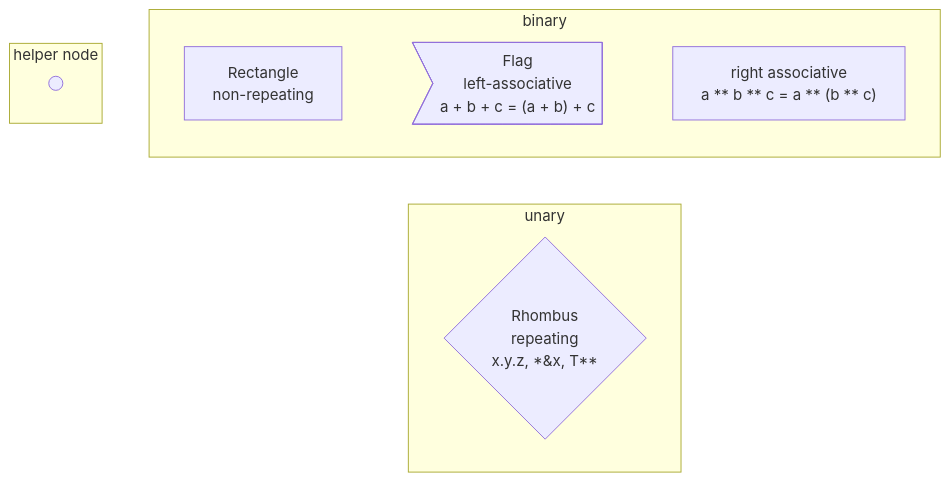
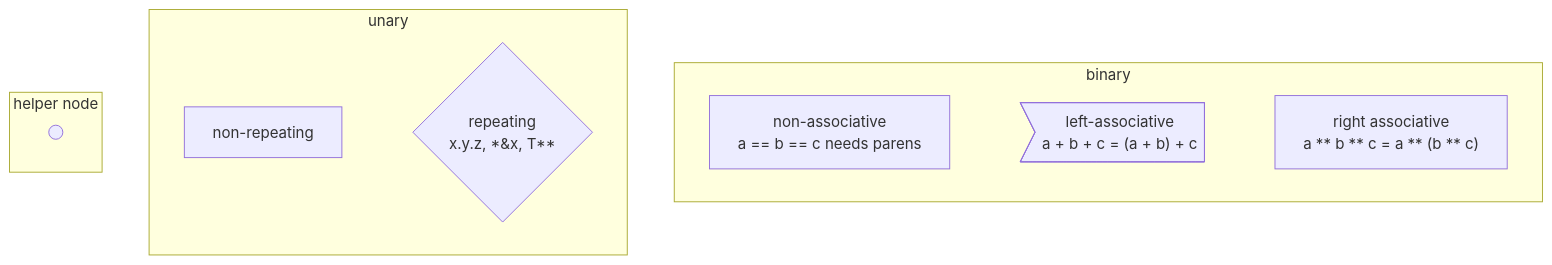
One commit to laro/Cilia changed the fifth of 5 diagrams in 6 .../2 Unfinished Ideas.md. Above: the diagram before and after it, drawn with Mermaid.

Commit message:
Update 2 Unfinished Ideas.md

````diff
--- a/6 .../2 Unfinished Ideas.md
+++ b/6 .../2 Unfinished Ideas.md
@@ -389,29 +389,31 @@
 ```mermaid
 %%{init: {'themeVariables': {'fontFamily': 'monospace'}}}%%
 graph TB
     subgraph binary
         direction LR
 
-        rect["non-associative
+        nonAssociative["non-associative
         a == b == c needs parens"]
 
-        flagToLeft>"Flag<br/>left-associative<br/>a + b + c = (a + b) + c"]
+        leftAssociative>"left-associative
+        a + b + c = (a + b) + c"]
 
-        flagToRight["right associative
+        rightAssociative["right associative
         a ** b ** c = a ** (b ** c)"]
 
-        rect ~~~ flagToLeft ~~~ flagToRight
+        nonAssociative ~~~ leftAssociative ~~~ rightAssociative
     end
     subgraph unary
         direction LR
 
-        rect["Rectangle<br/>non-repeating"]
+        nonRepeating["non-repeating"]
 
-        rhombus{"Rhombus<br/>repeating<br/>x.y.z, *&x, T**"}
+        repeating{"repeating
+        x.y.z, *&x, T**"}
 
-        rect ~~~ rhombus
+        nonRepeating ~~~ repeating
     end
     subgraph helper node
         circle((" "))
     end
 ```
````
